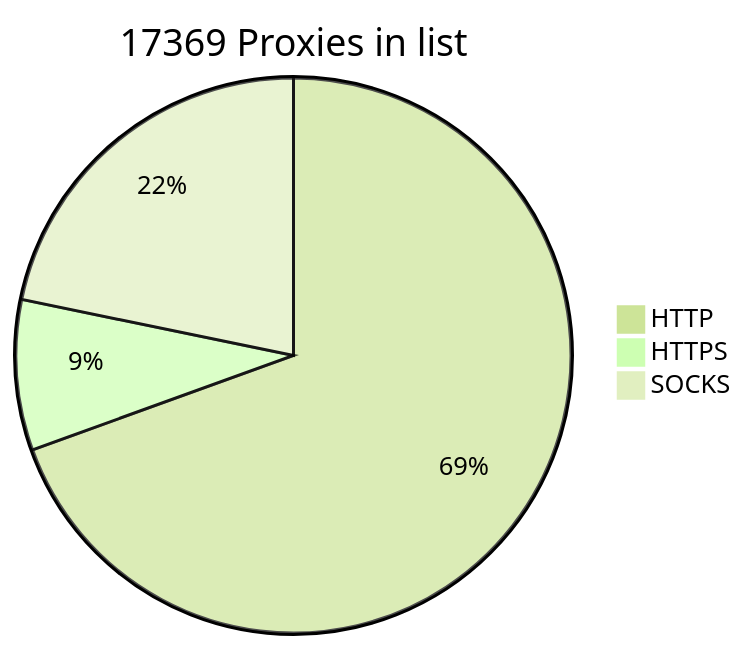
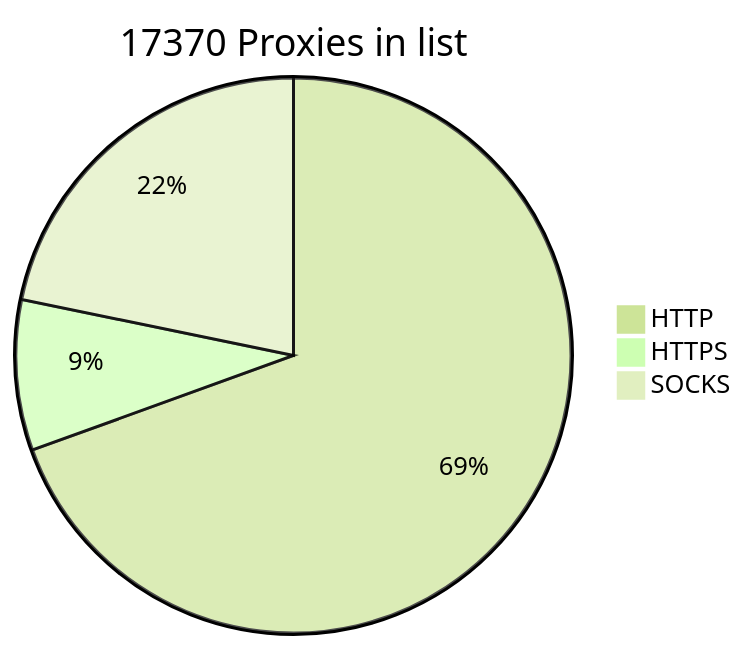
Before and after one commit to BlackSnowDot/proxylist-update-every-minute: the diagram in README.md, drawn with Mermaid (forest theme).

````diff
--- a/README.md
+++ b/README.md
@@ -2,6 +2,6 @@
 ```mermaid
-pie title 17369 Proxies in list
+pie title 17370 Proxies in list
     "HTTP" : 12431
     "HTTPS": 1568
-    "SOCKS" : 3893
+    "SOCKS" : 3894
 ```
````
